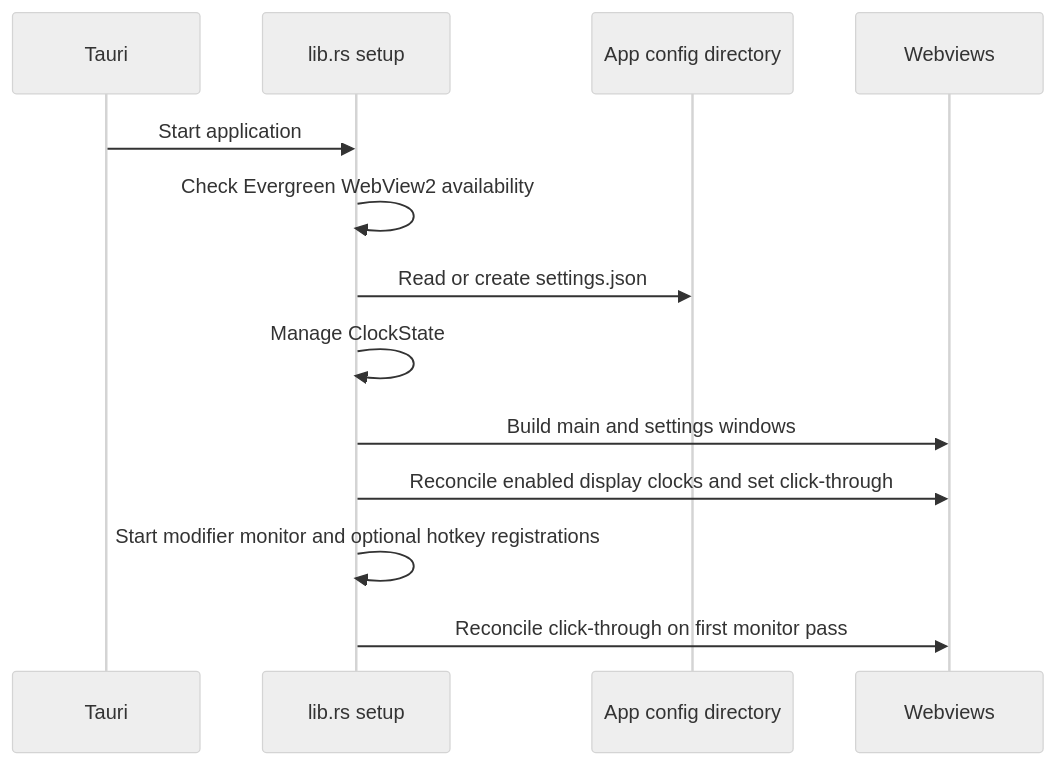
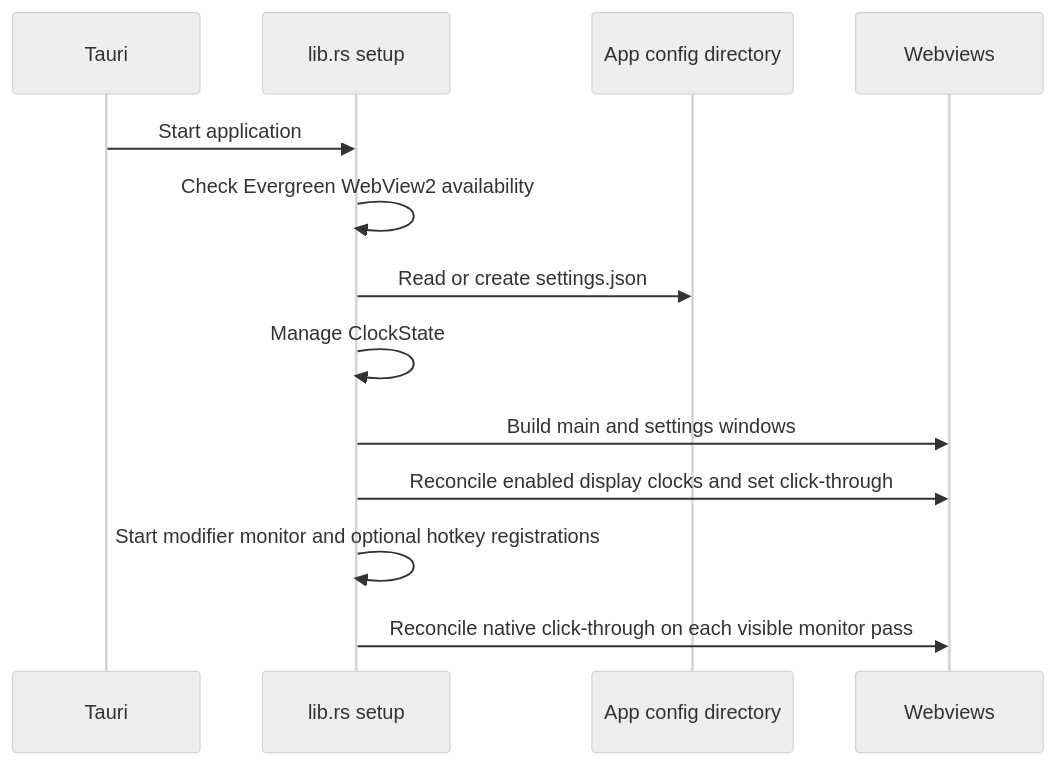
Before and after one commit to tbkmax/TopClock: the second of 2 diagrams in src-tauri/doc/workflow_diagram.md, drawn with Mermaid (neutral theme). The commit also changed other lines of this file and 6 other files, not shown here.

````diff
--- a/src-tauri/doc/workflow_diagram.md
+++ b/src-tauri/doc/workflow_diagram.md
@@ -38,15 +38,15 @@
 ```mermaid
 sequenceDiagram
     participant Tauri
     participant Rust as lib.rs setup
     participant Disk as App config directory
     participant UI as Webviews
     Tauri->>Rust: Start application
     Rust->>Rust: Check Evergreen WebView2 availability
     Rust->>Disk: Read or create settings.json
     Rust->>Rust: Manage ClockState
     Rust->>UI: Build main and settings windows
     Rust->>UI: Reconcile enabled display clocks and set click-through
     Rust->>Rust: Start modifier monitor and optional hotkey registrations
-    Rust->>UI: Reconcile click-through on first monitor pass
+    Rust->>UI: Reconcile native click-through on each visible monitor pass
 ```
````
